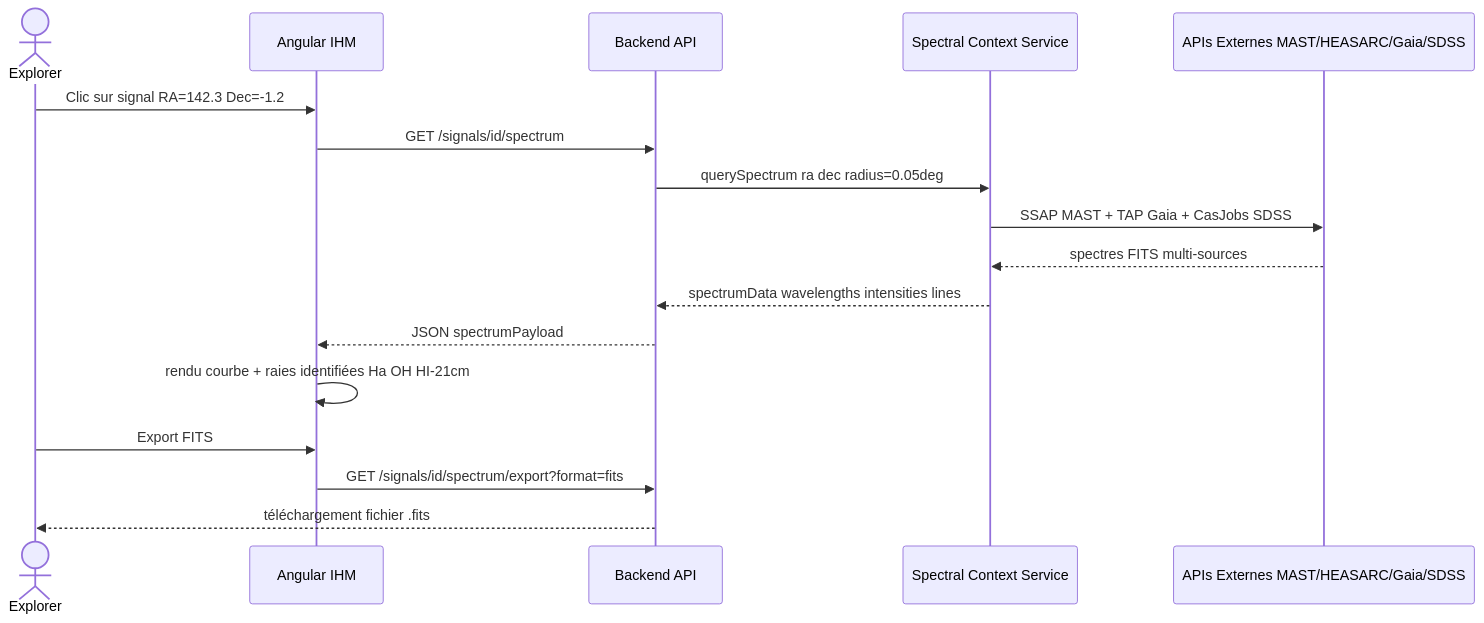
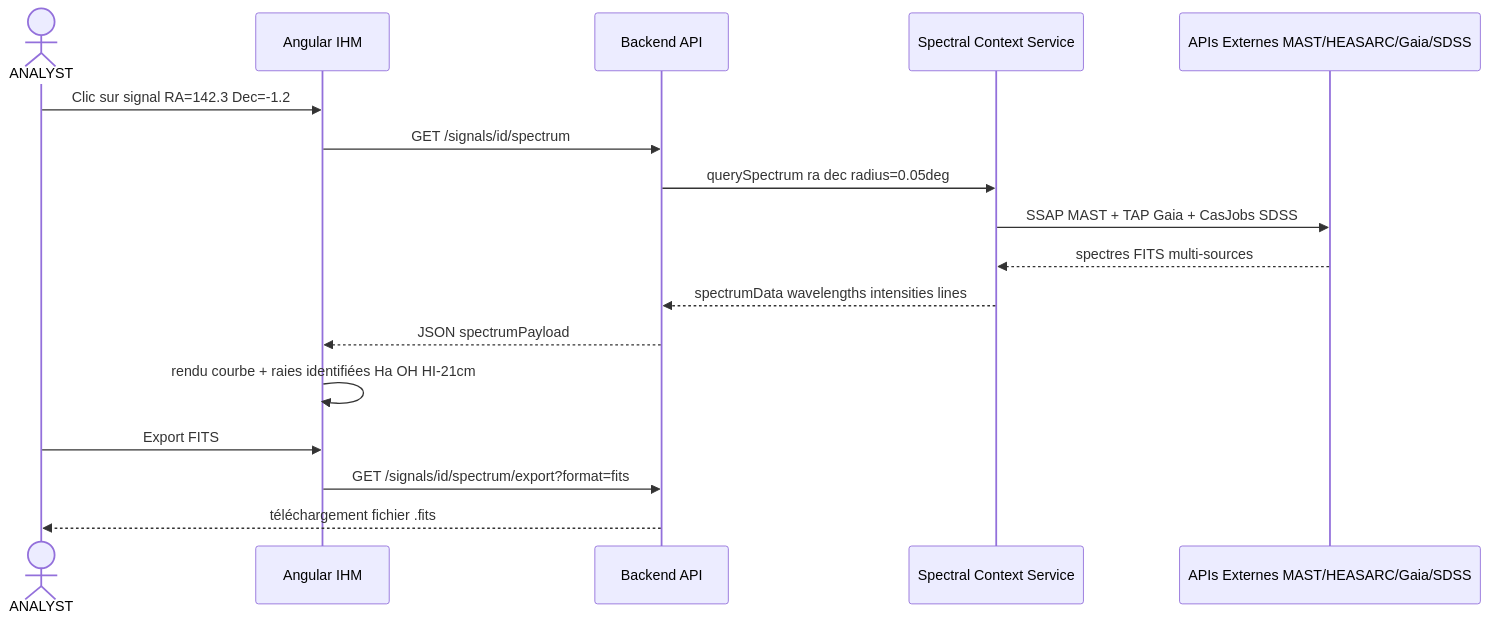
One commit to jeanyvesruffin/STARWAVE changed the fifth of 9 diagrams in docs/STARWAVE_fonctionnel.md. Above: the diagram before and after it, drawn with Mermaid. The commit also changed other lines of this file and 3 other files, not shown here.

````diff
--- a/docs/STARWAVE_fonctionnel.md
+++ b/docs/STARWAVE_fonctionnel.md
@@ -152,20 +152,20 @@
 ```mermaid
 sequenceDiagram
-    actor Ex as Explorer
+    actor Ex as ANALYST
     participant UI as Angular IHM
     participant BE as Backend API
     participant SC as Spectral Context Service
     participant EXT as APIs Externes MAST/HEASARC/Gaia/SDSS
 
     Ex->>UI: Clic sur signal RA=142.3 Dec=-1.2
     UI->>BE: GET /signals/id/spectrum
     BE->>SC: querySpectrum ra dec radius=0.05deg
     SC->>EXT: SSAP MAST + TAP Gaia + CasJobs SDSS
     EXT-->>SC: spectres FITS multi-sources
     SC-->>BE: spectrumData wavelengths intensities lines
     BE-->>UI: JSON spectrumPayload
     UI->>UI: rendu courbe + raies identifiées Ha OH HI-21cm
     Ex->>UI: Export FITS
     UI->>BE: GET /signals/id/spectrum/export?format=fits
     BE-->>Ex: téléchargement fichier .fits
 ```
````
